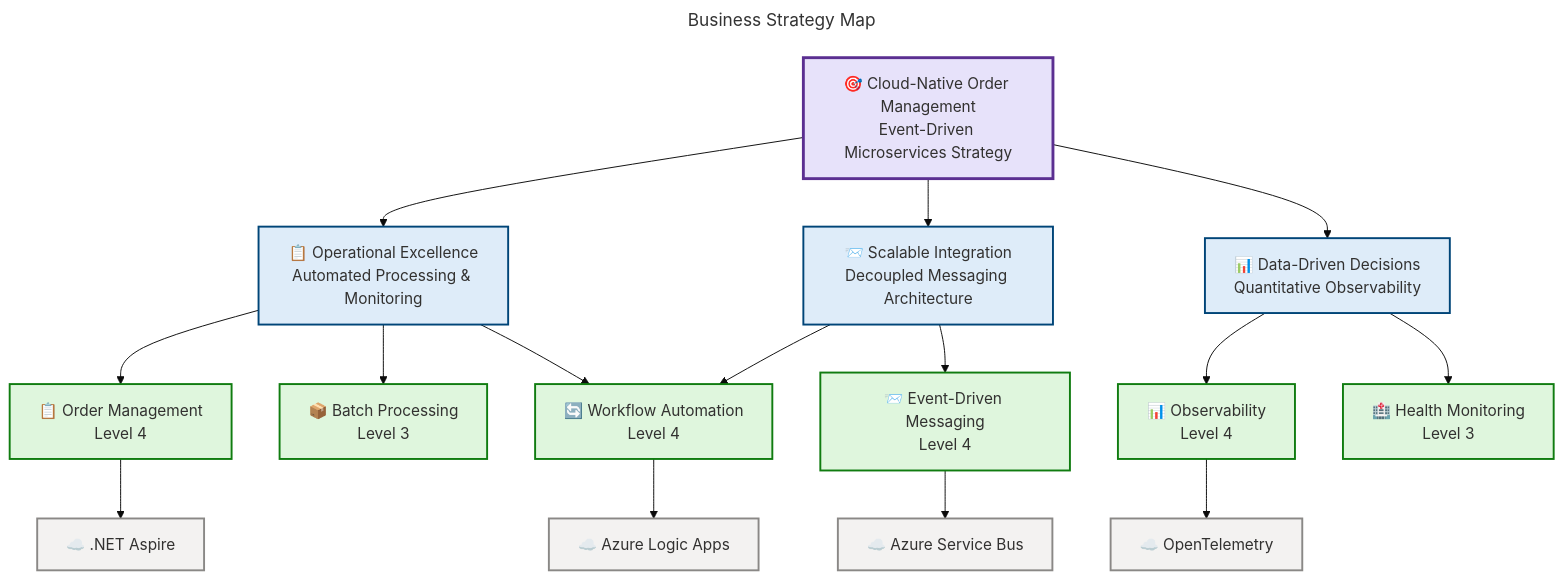
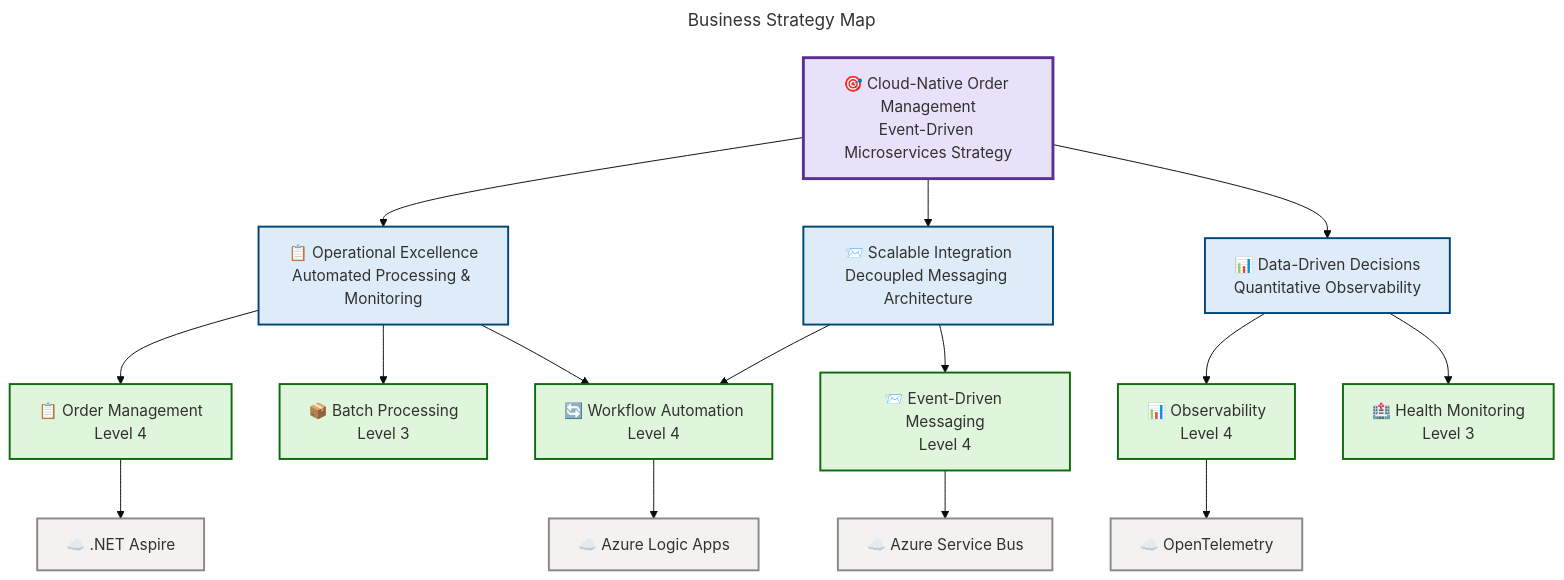
One commit to Evilazaro/Azure-LogicApps-Monitoring changed the first of 13 diagrams in docs/architecture/Business-Layer-Architecture.md. Above: the diagram before and after it, drawn with Mermaid. The commit also changed other lines of this file and 3 other files, not shown here.

Commit message:
docs: update color definitions in architecture diagrams for improved clarity and consistency

````diff
--- a/docs/architecture/Business-Layer-Architecture.md
+++ b/docs/architecture/Business-Layer-Architecture.md
@@ -53,63 +53,63 @@
 ```mermaid
 ---
 title: "Business Strategy Map"
 config:
   theme: base
   themeVariables:
     fontSize: '16px'
 ---
 graph TB
     accTitle: Business Strategy Map
     accDescr: Shows strategic alignment from business vision through strategic pillars to enabling capabilities and supporting technologies
 
     %% ═══════════════════════════════════════════════════════════════
     %% AZURE / FLUENT ARCHITECTURE PATTERN v1.1
     %% Generated: 2026-02-18T10:30:00Z
     %% Layer: Business
     %% Components: 12
     %% Semantic classes: 4/5 used (vision, pillar, capability, tech)
     %% ═══════════════════════════════════════════════════════════════
 
     vision["🎯 Cloud-Native Order Management<br/>Event-Driven Microservices Strategy"]
 
     pillar1["📋 Operational Excellence<br/>Automated Processing & Monitoring"]
     pillar2["📨 Scalable Integration<br/>Decoupled Messaging Architecture"]
     pillar3["📊 Data-Driven Decisions<br/>Quantitative Observability"]
 
     cap1["📋 Order Management<br/>Level 4"]
     cap2["📦 Batch Processing<br/>Level 3"]
     cap3["📨 Event-Driven Messaging<br/>Level 4"]
     cap4["🔄 Workflow Automation<br/>Level 4"]
     cap5["📊 Observability<br/>Level 4"]
     cap6["🏥 Health Monitoring<br/>Level 3"]
 
     tech1["☁️ .NET Aspire"]
     tech2["☁️ Azure Service Bus"]
     tech3["☁️ Azure Logic Apps"]
     tech4["☁️ OpenTelemetry"]
 
     vision --> pillar1
     vision --> pillar2
     vision --> pillar3
     pillar1 --> cap1
     pillar1 --> cap2
     pillar1 --> cap4
     pillar2 --> cap3
     pillar2 --> cap4
     pillar3 --> cap5
     pillar3 --> cap6
     cap1 --> tech1
     cap3 --> tech2
     cap4 --> tech3
     cap5 --> tech4
 
     classDef visionStyle fill:#E7E2FA,stroke:#5B2F91,stroke-width:3px,color:#323130
     classDef pillarStyle fill:#DEECF9,stroke:#004578,stroke-width:2px,color:#323130
-    classDef capStyle fill:#DFF6DD,stroke:#107C10,stroke-width:2px,color:#323130
+    classDef capStyle fill:#DFF6DD,stroke:#0B6A0B,stroke-width:2px,color:#323130
     classDef techStyle fill:#F3F2F1,stroke:#8A8886,stroke-width:2px,color:#323130
 
     class vision visionStyle
     class pillar1,pillar2,pillar3 pillarStyle
     class cap1,cap2,cap3,cap4,cap5,cap6 capStyle
     class tech1,tech2,tech3,tech4 techStyle
 ```
````
